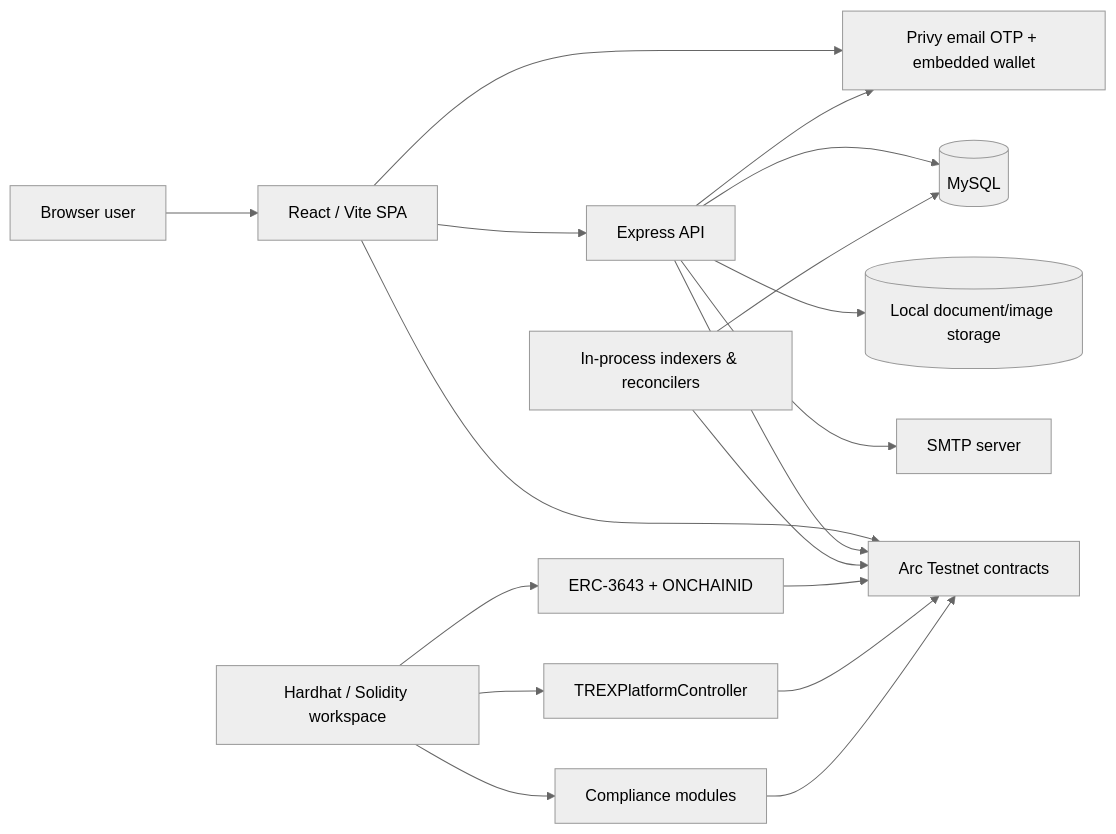
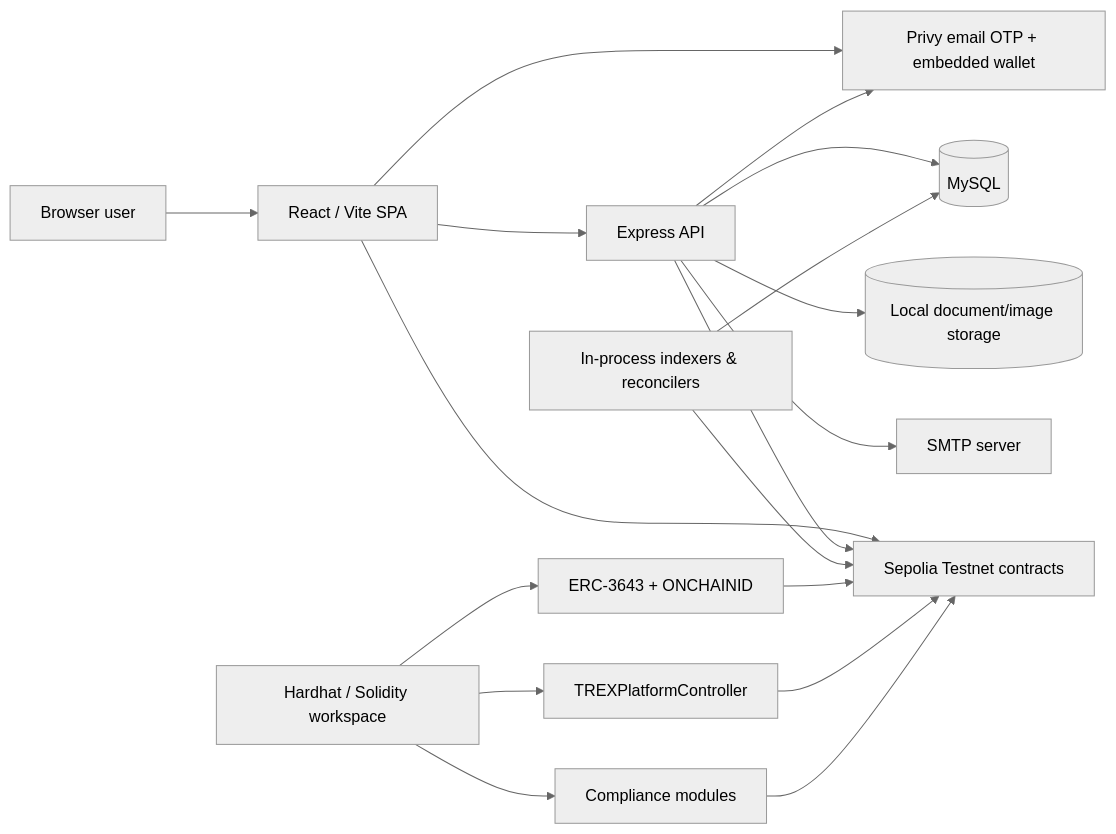
The diagram in README.md (unblocktechie/trex-capital), drawn with Mermaid (neutral theme) before and after one commit. The commit also changed other lines of this file and 124 other files, not shown here.

````diff
--- a/README.md
+++ b/README.md
@@ -98,24 +98,24 @@
 ```mermaid
 flowchart LR
     User[Browser user] --> SPA[React / Vite SPA]
     SPA --> Privy[Privy email OTP + embedded wallet]
     SPA --> API[Express API]
-    SPA --> Arc[Arc Testnet contracts]
+    SPA --> Sepolia[Sepolia Testnet contracts]
 
     API --> MySQL[(MySQL)]
     API --> Files[(Local document/image storage)]
     API --> SMTP[SMTP server]
     API --> Privy
-    API --> Arc
+    API --> Sepolia
 
-    Jobs[In-process indexers & reconcilers] --> Arc
+    Jobs[In-process indexers & reconcilers] --> Sepolia
     Jobs --> MySQL
 
     Contracts[Hardhat / Solidity workspace] --> ERC3643[ERC-3643 + ONCHAINID]
     Contracts --> Controller[TREXPlatformController]
     Contracts --> Modules[Compliance modules]
 
-    ERC3643 --> Arc
-    Controller --> Arc
-    Modules --> Arc
+    ERC3643 --> Sepolia
+    Controller --> Sepolia
+    Modules --> Sepolia
 ```
````
